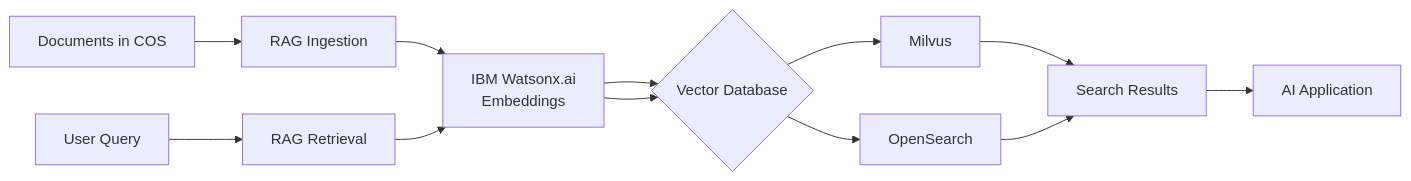
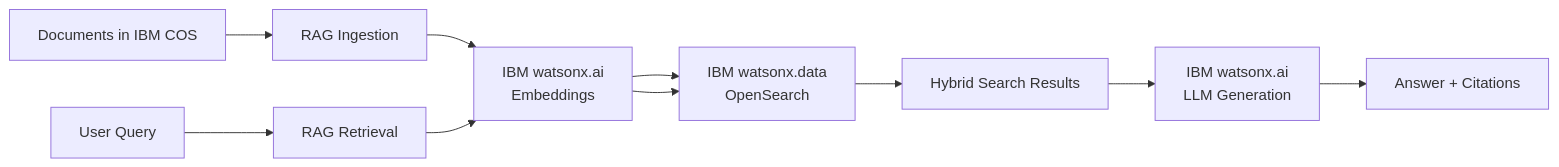
Before and after one commit to ibm-self-serve-assets/building-blocks-docs: the diagram in docs-src/data-core/retrieval/rag/index.md, drawn with Mermaid. The commit also changed other lines of this file and 12 other files, not shown here.

Commit message:
[Updated] documents updates for asset management and skills for data

````diff
--- a/docs-src/data-core/retrieval/rag/index.md
+++ b/docs-src/data-core/retrieval/rag/index.md
@@ -168,14 +161,12 @@
 ```mermaid
 graph LR
-    A[Documents in COS] --> B[RAG Ingestion]
-    B --> C[IBM Watsonx.ai<br/>Embeddings]
-    C --> D{Vector Database}
-    D --> E[Milvus]
-    D --> F[OpenSearch]
-    G[User Query] --> H[RAG Retrieval]
-    H --> C
+    A[Documents in IBM COS] --> B[RAG Ingestion]
+    B --> C[IBM watsonx.ai<br/>Embeddings]
+    C --> D[IBM watsonx.data<br/>OpenSearch]
+    E[User Query] --> F[RAG Retrieval]
+    F --> C
     C --> D
-    E --> I[Search Results]
-    F --> I
-    I --> J[AI Application]
+    D --> G[Hybrid Search Results]
+    G --> H[IBM watsonx.ai<br/>LLM Generation]
+    H --> I[Answer + Citations]
 ```
````
